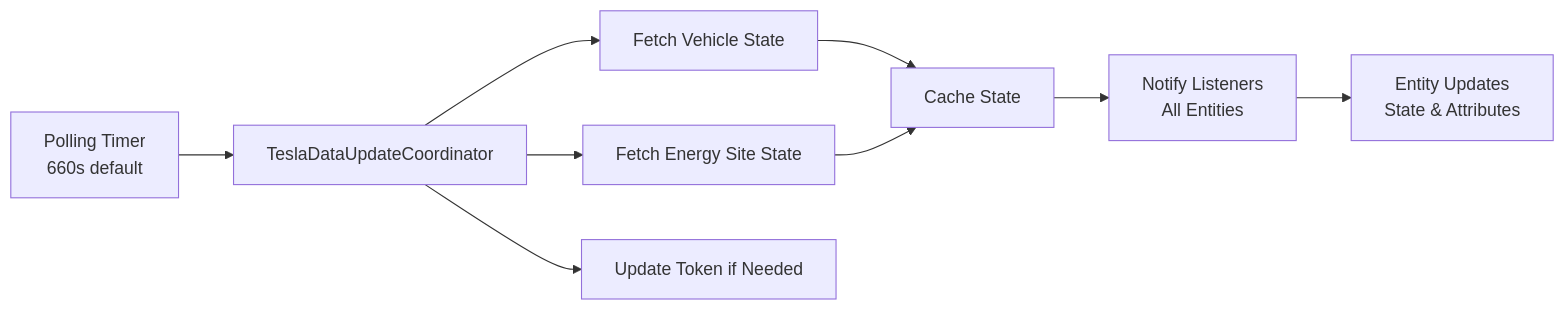
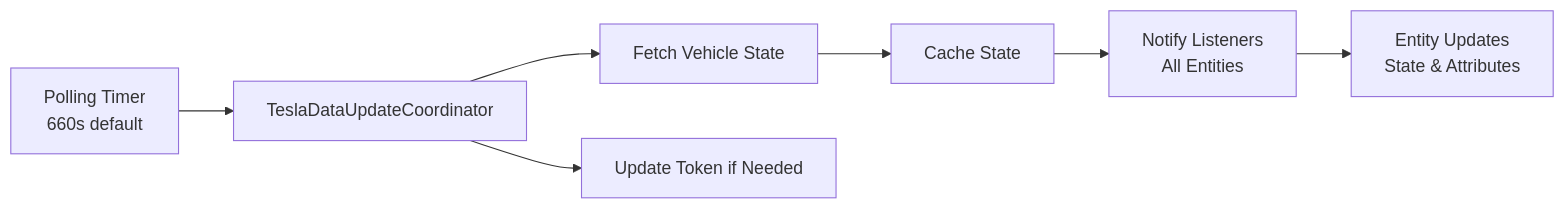
Before and after one commit to grzesiek1711/tesla: the third of 8 diagrams in docs/architecture.md, drawn with Mermaid. The commit also changed other lines of this file and 31 other files, not shown here.

````diff
--- a/docs/architecture.md
+++ b/docs/architecture.md
@@ -69,13 +69,11 @@
 ```mermaid
 graph LR
     A["Polling Timer<br/>660s default"] --> B["TeslaDataUpdateCoordinator"]
     B --> C["Fetch Vehicle State"]
-    B --> D["Fetch Energy Site State"]
     B --> E["Update Token if Needed"]
 
     C --> F["Cache State"]
-    D --> F
     F --> G["Notify Listeners<br/>All Entities"]
 
     G --> H["Entity Updates<br/>State & Attributes"]
 ```
````
